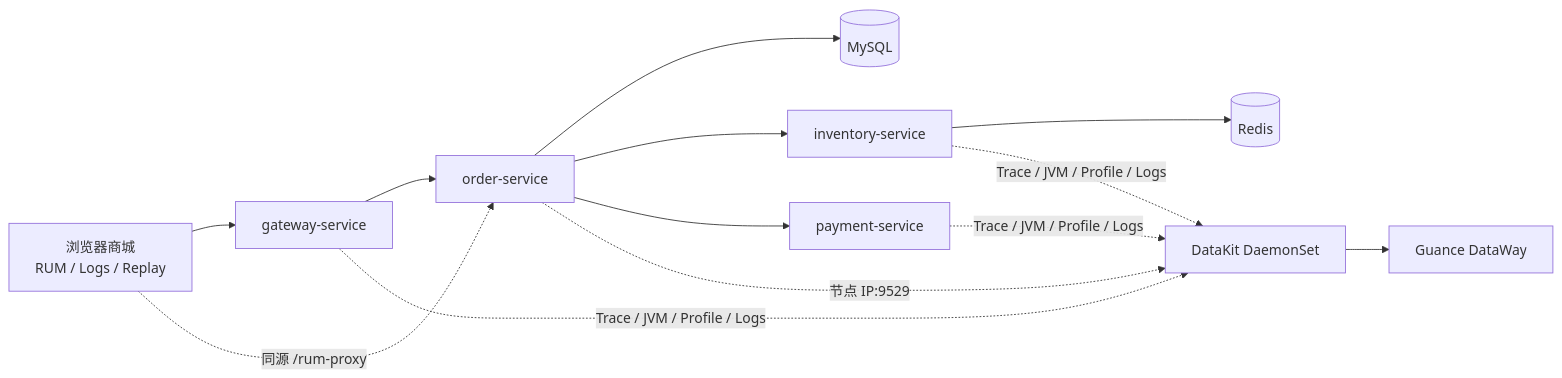
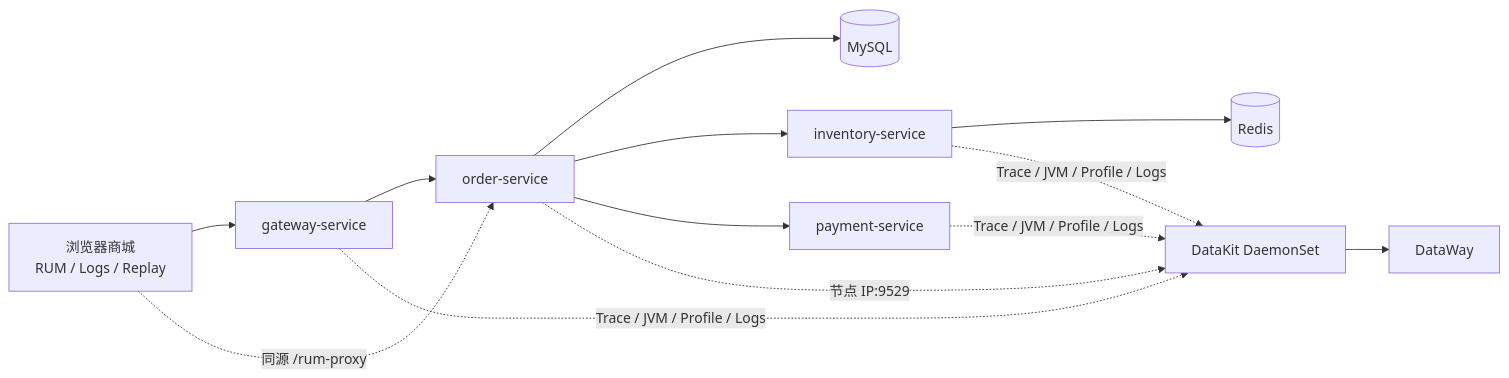
One commit to cherrycove/observability-demo changed the diagram in README.md. Above: the diagram before and after it, drawn with Mermaid. The commit also changed other lines of this file and 39 other files, not shown here.

````diff
--- a/README.md
+++ b/README.md
@@ -9,15 +9,15 @@
 ```mermaid
 flowchart LR
   B["浏览器商城<br/>RUM / Logs / Replay"] --> G["gateway-service"]
   G --> O["order-service"]
   O --> M[("MySQL")]
   O --> I["inventory-service"]
   I --> R[("Redis")]
   O --> P["payment-service"]
   B -. "同源 /rum-proxy" .-> O
   O -. "节点 IP:9529" .-> D["DataKit DaemonSet"]
   G -. "Trace / JVM / Profile / Logs" .-> D
   I -. "Trace / JVM / Profile / Logs" .-> D
   P -. "Trace / JVM / Profile / Logs" .-> D
-  D --> DW["Guance DataWay"]
+  D --> DW["DataWay"]
 ```
````
